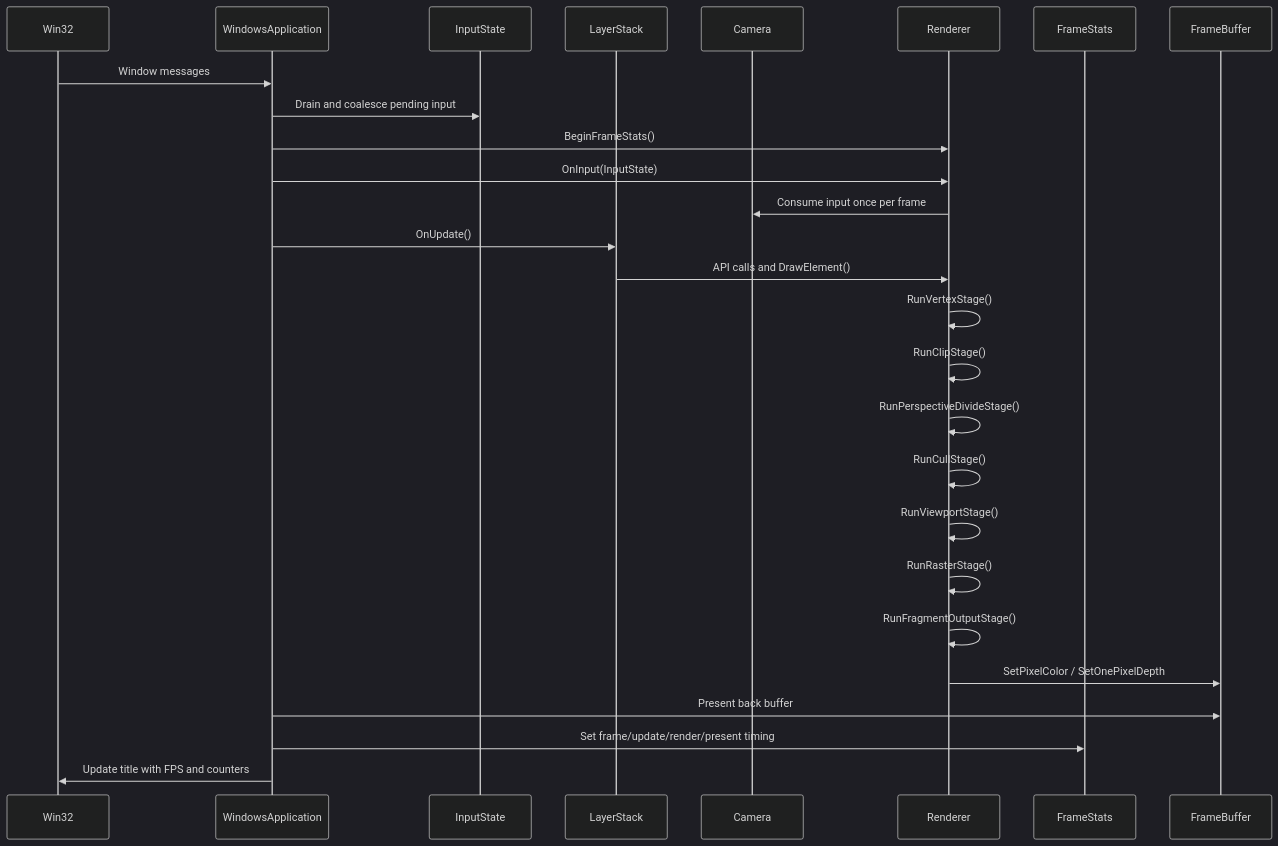
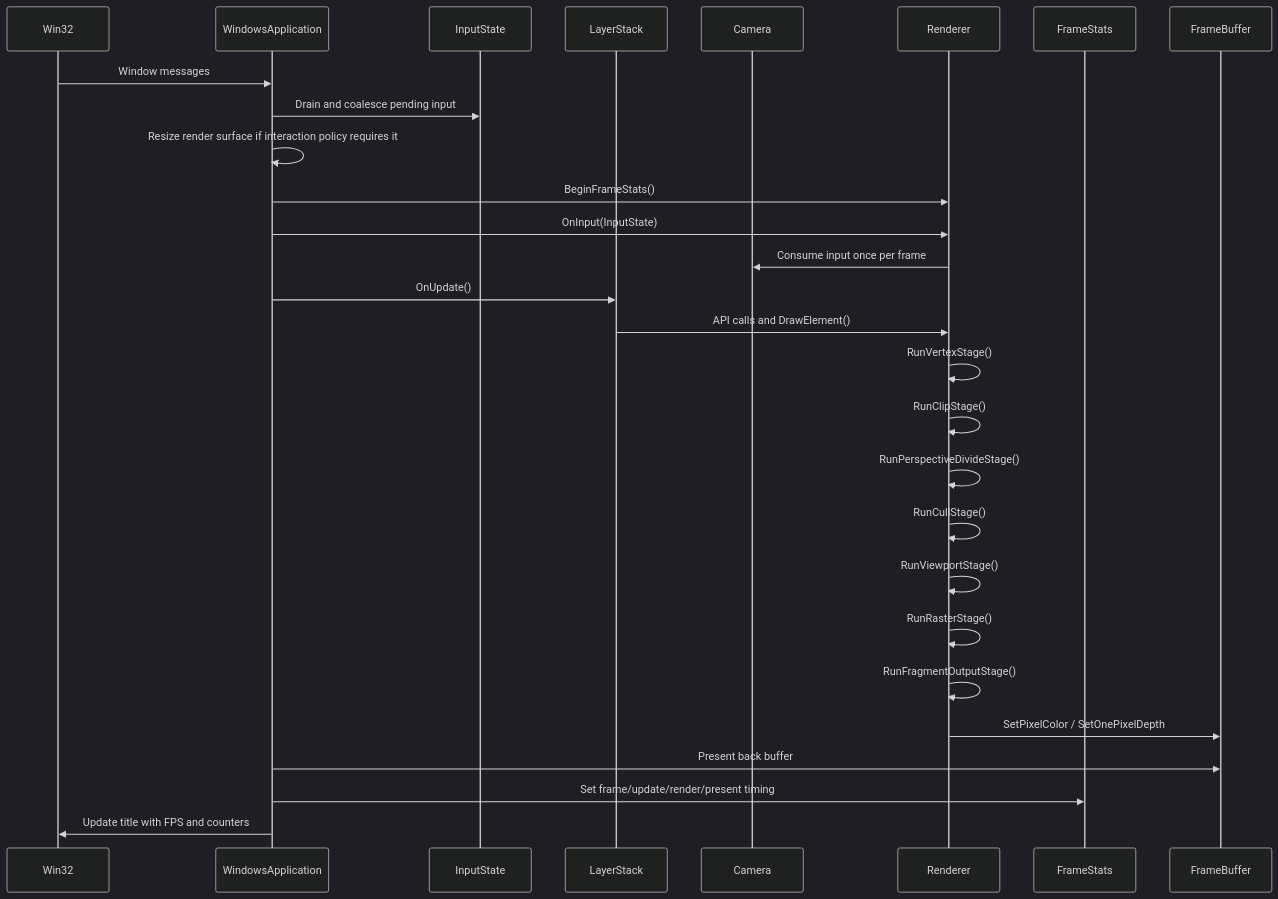
The second of 6 diagrams in docs/ARCHITECTURE.md (hangge1/DragonRenderer), drawn with Mermaid (dark theme) before and after one commit. The commit also changed other lines of this file and 11 other files, not shown here.

````diff
--- a/docs/ARCHITECTURE.md
+++ b/docs/ARCHITECTURE.md
@@ -132,30 +134,31 @@
 ```mermaid
 sequenceDiagram
     participant OS as Win32
     participant App as WindowsApplication
     participant Input as InputState
     participant Layer as LayerStack
     participant Camera as Camera
     participant Renderer as Renderer
     participant Stats as FrameStats
     participant FB as FrameBuffer
 
     OS->>App: Window messages
     App->>Input: Drain and coalesce pending input
+    App->>App: Resize render surface if interaction policy requires it
     App->>Renderer: BeginFrameStats()
     App->>Renderer: OnInput(InputState)
     Renderer->>Camera: Consume input once per frame
     App->>Layer: OnUpdate()
     Layer->>Renderer: API calls and DrawElement()
     Renderer->>Renderer: RunVertexStage()
     Renderer->>Renderer: RunClipStage()
     Renderer->>Renderer: RunPerspectiveDivideStage()
     Renderer->>Renderer: RunCullStage()
     Renderer->>Renderer: RunViewportStage()
     Renderer->>Renderer: RunRasterStage()
     Renderer->>Renderer: RunFragmentOutputStage()
     Renderer->>FB: SetPixelColor / SetOnePixelDepth
     App->>FB: Present back buffer
     App->>Stats: Set frame/update/render/present timing
     App->>OS: Update title with FPS and counters
 ```
````
